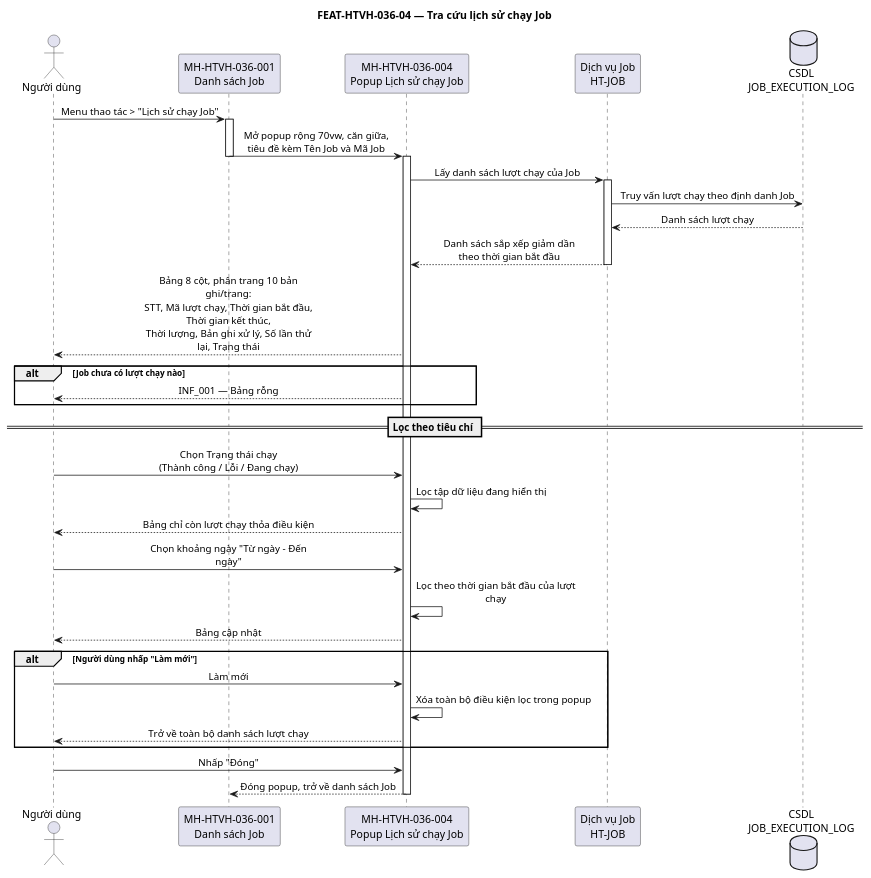
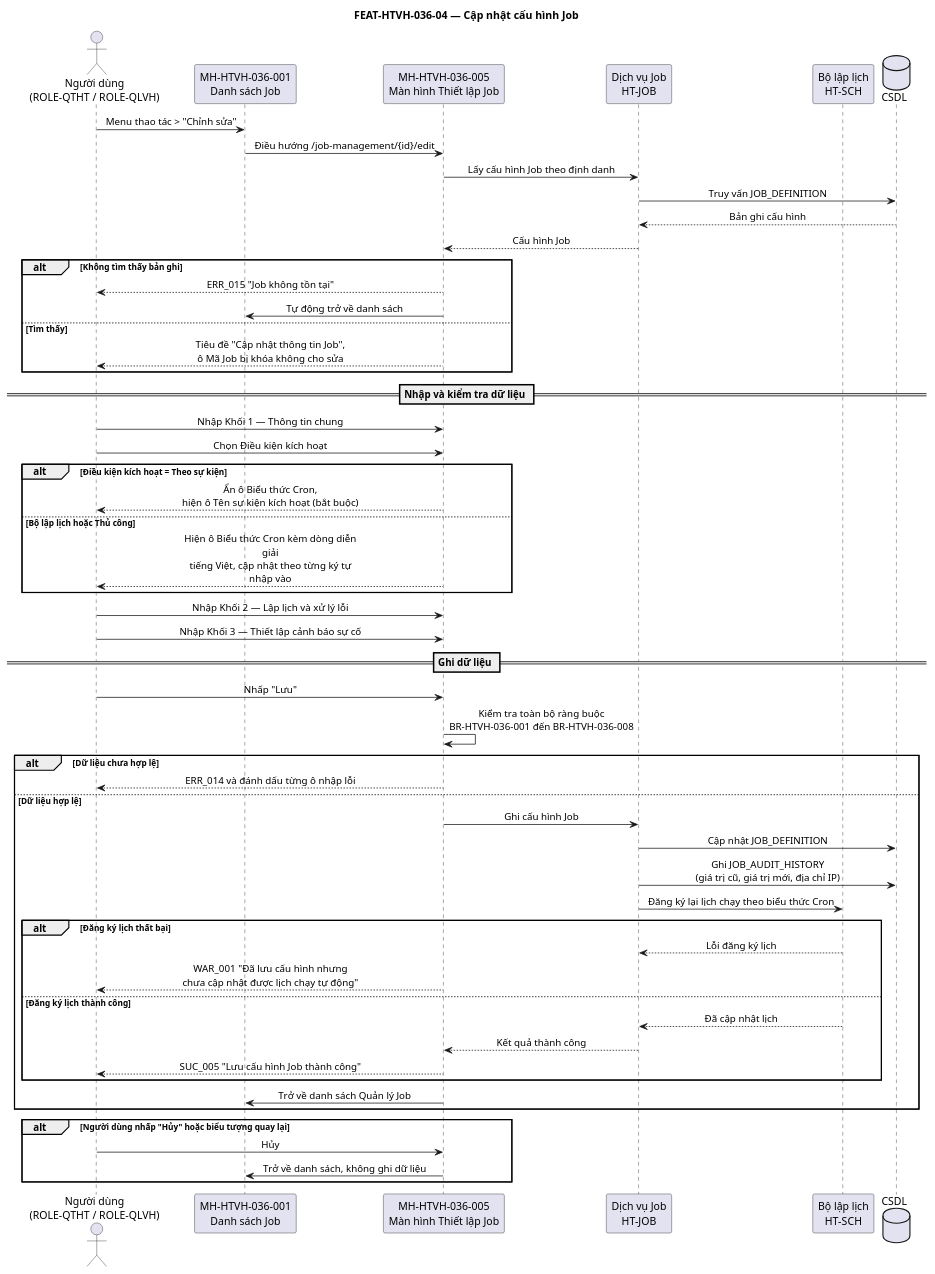
The diagram in docs/specifications/diagrams/FUNC-HTVH-036_seq-04.puml (NgocTDA/cic-core-system), drawn with PlantUML before and after one commit. The commit also changed 75 other files, not shown here.

Commit message:
feat: implement Job Management module including filtering, detail/history modals, and UI component library extensions

```diff
--- a/docs/specifications/diagrams/FUNC-HTVH-036_seq-04.puml
+++ b/docs/specifications/diagrams/FUNC-HTVH-036_seq-04.puml
@@ -1,49 +1,67 @@
 @startuml FUNC-HTVH-036_seq-04
-title FEAT-HTVH-036-04 — Tra cứu lịch sử chạy Job
+title FEAT-HTVH-036-04 — Cập nhật cấu hình Job
 
 skinparam sequenceMessageAlign center
-skinparam maxMessageSize 240
+skinparam maxMessageSize 250
 
-actor "Người dùng" as NSD
+actor "Người dùng\n(ROLE-QTHT / ROLE-QLVH)" as NSD
 participant "MH-HTVH-036-001\nDanh sách Job" as MH_DS
-participant "MH-HTVH-036-004\nPopup Lịch sử chạy Job" as MH_LS
+participant "MH-HTVH-036-005\nMàn hình Thiết lập Job" as MH_FORM
 participant "Dịch vụ Job\nHT-JOB" as HT_JOB
-database "CSDL\nJOB_EXECUTION_LOG" as CSDL
+participant "Bộ lập lịch\nHT-SCH" as HT_SCH
+database "CSDL" as CSDL
 
-NSD -> MH_DS : Menu thao tác > "Lịch sử chạy Job"
-activate MH_DS
-MH_DS -> MH_LS : Mở popup rộng 70vw, căn giữa,\ntiêu đề kèm Tên Job và Mã Job
-deactivate MH_DS
-activate MH_LS
-MH_LS -> HT_JOB : Lấy danh sách lượt chạy của Job
-activate HT_JOB
-HT_JOB -> CSDL : Truy vấn lượt chạy theo định danh Job
-CSDL --> HT_JOB : Danh sách lượt chạy
-HT_JOB --> MH_LS : Danh sách sắp xếp giảm dần\ntheo thời gian bắt đầu
-deactivate HT_JOB
-MH_LS --> NSD : Bảng 8 cột, phân trang 10 bản ghi/trang:\nSTT, Mã lượt chạy, Thời gian bắt đầu, Thời gian kết thúc,\nThời lượng, Bản ghi xử lý, Số lần thử lại, Trạng thái
-
-alt Job chưa có lượt chạy nào
-  MH_LS --> NSD : INF_001 — Bảng rỗng
+NSD -> MH_DS : Menu thao tác > "Chỉnh sửa"
+MH_DS -> MH_FORM : Điều hướng /job-management/{id}/edit
+MH_FORM -> HT_JOB : Lấy cấu hình Job theo định danh
+HT_JOB -> CSDL : Truy vấn JOB_DEFINITION
+CSDL --> HT_JOB : Bản ghi cấu hình
+HT_JOB --> MH_FORM : Cấu hình Job
+alt Không tìm thấy bản ghi
+  MH_FORM --> NSD : ERR_015 "Job không tồn tại"
+  MH_FORM -> MH_DS : Tự động trở về danh sách
+else Tìm thấy
+  MH_FORM --> NSD : Tiêu đề "Cập nhật thông tin Job",\nô Mã Job bị khóa không cho sửa
 end
 
-== Lọc theo tiêu chí ==
-NSD -> MH_LS : Chọn Trạng thái chạy\n(Thành công / Lỗi / Đang chạy)
-MH_LS -> MH_LS : Lọc tập dữ liệu đang hiển thị
-MH_LS --> NSD : Bảng chỉ còn lượt chạy thỏa điều kiện
+== Nhập và kiểm tra dữ liệu ==
+NSD -> MH_FORM : Nhập Khối 1 — Thông tin chung
 
-NSD -> MH_LS : Chọn khoảng ngày "Từ ngày – Đến ngày"
-MH_LS -> MH_LS : Lọc theo thời gian bắt đầu của lượt chạy
-MH_LS --> NSD : Bảng cập nhật
-
-alt Người dùng nhấp "Làm mới"
-  NSD -> MH_LS : Làm mới
-  MH_LS -> MH_LS : Xóa toàn bộ điều kiện lọc trong popup
-  MH_LS --> NSD : Trở về toàn bộ danh sách lượt chạy
+NSD -> MH_FORM : Chọn Điều kiện kích hoạt
+alt Điều kiện kích hoạt = Theo sự kiện
+  MH_FORM --> NSD : Ẩn ô Biểu thức Cron,\nhiện ô Tên sự kiện kích hoạt (bắt buộc)
+else Bộ lập lịch hoặc Thủ công
+  MH_FORM --> NSD : Hiện ô Biểu thức Cron kèm dòng diễn giải\ntiếng Việt, cập nhật theo từng ký tự nhập vào
 end
 
-NSD -> MH_LS : Nhấp "Đóng"
-MH_LS --> MH_DS : Đóng popup, trở về danh sách Job
-deactivate MH_LS
+NSD -> MH_FORM : Nhập Khối 2 — Lập lịch và xử lý lỗi
+NSD -> MH_FORM : Nhập Khối 3 — Thiết lập cảnh báo sự cố
+
+== Ghi dữ liệu ==
+NSD -> MH_FORM : Nhấp "Lưu"
+MH_FORM -> MH_FORM : Kiểm tra toàn bộ ràng buộc\nBR-HTVH-036-001 đến BR-HTVH-036-008
+
+alt Dữ liệu chưa hợp lệ
+  MH_FORM --> NSD : ERR_014 và đánh dấu từng ô nhập lỗi
+else Dữ liệu hợp lệ
+  MH_FORM -> HT_JOB : Ghi cấu hình Job
+  HT_JOB -> CSDL : Cập nhật JOB_DEFINITION
+  HT_JOB -> CSDL : Ghi JOB_AUDIT_HISTORY\n(giá trị cũ, giá trị mới, địa chỉ IP)
+  HT_JOB -> HT_SCH : Đăng ký lại lịch chạy theo biểu thức Cron
+  alt Đăng ký lịch thất bại
+    HT_SCH --> HT_JOB : Lỗi đăng ký lịch
+    MH_FORM --> NSD : WAR_001 "Đã lưu cấu hình nhưng\nchưa cập nhật được lịch chạy tự động"
+  else Đăng ký lịch thành công
+    HT_SCH --> HT_JOB : Đã cập nhật lịch
+    HT_JOB --> MH_FORM : Kết quả thành công
+    MH_FORM --> NSD : SUC_005 "Lưu cấu hình Job thành công"
+  end
+  MH_FORM -> MH_DS : Trở về danh sách Quản lý Job
+end
+
+alt Người dùng nhấp "Hủy" hoặc biểu tượng quay lại
+  NSD -> MH_FORM : Hủy
+  MH_FORM -> MH_DS : Trở về danh sách, không ghi dữ liệu
+end
 
 @enduml
```
